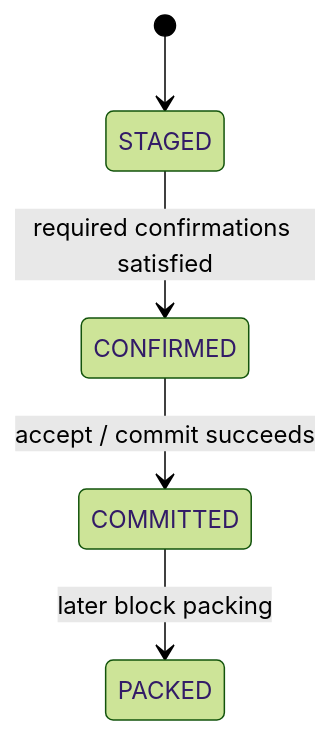
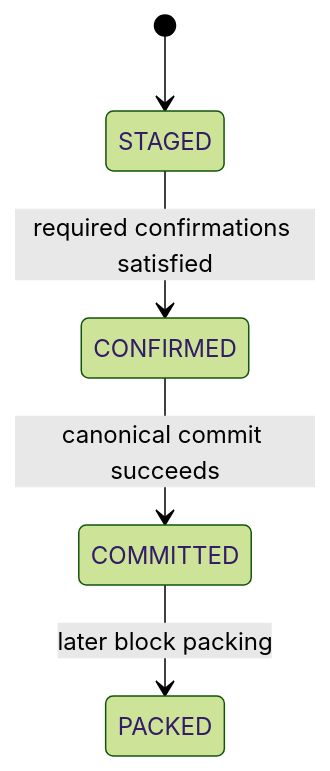
The fifth of 5 diagrams in docs/architecture.md (labourchain/repository), drawn with Mermaid (forest theme) before and after one commit. The commit also changed other lines of this file, not shown here.

Commit message:
docs: clarify canonical fact access boundary

````diff
--- a/docs/architecture.md
+++ b/docs/architecture.md
@@ -170,7 +235,7 @@
 ```mermaid
 stateDiagram-v2
     [*] --> STAGED
     STAGED --> CONFIRMED: required confirmations satisfied
-    CONFIRMED --> COMMITTED: accept / commit succeeds
+    CONFIRMED --> COMMITTED: canonical commit succeeds
     COMMITTED --> PACKED: later block packing
 ```
````
